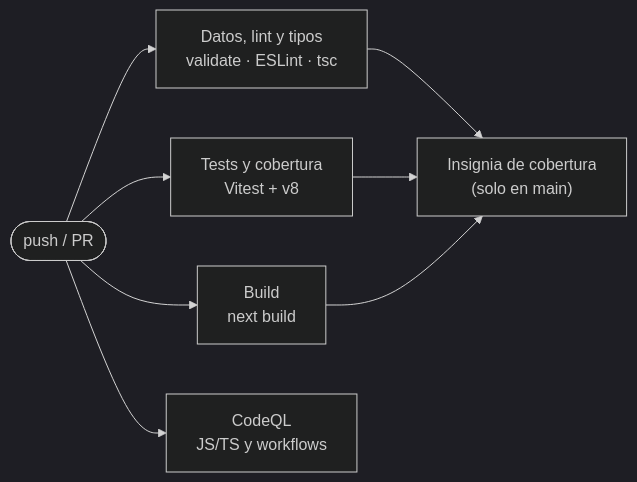
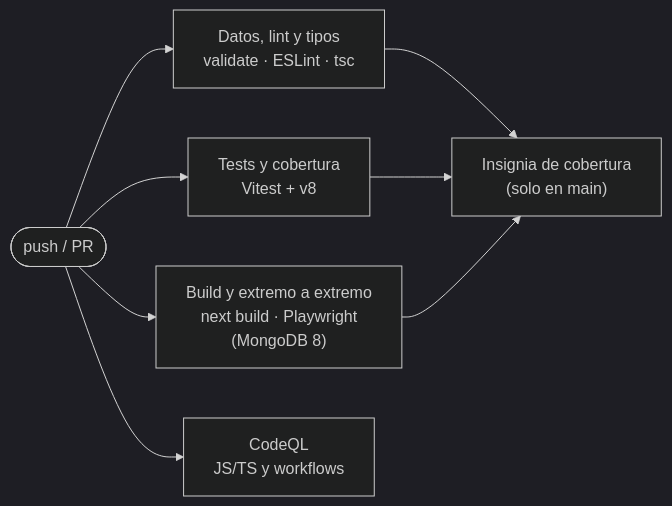
Before and after one commit to Pablo-Caballero-Maria/sinophile: the third of 3 diagrams in README.md, drawn with Mermaid (dark theme). The commit also changed other lines of this file and 15 other files, not shown here.

````diff
--- a/README.md
+++ b/README.md
@@ -239,8 +244,8 @@
 ```mermaid
 flowchart LR
     P(["push / PR"]) --> Q["Datos, lint y tipos<br/>validate · ESLint · tsc"]
     P --> T["Tests y cobertura<br/>Vitest + v8"]
-    P --> B["Build<br/>next build"]
+    P --> B["Build y extremo a extremo<br/>next build · Playwright<br/>(MongoDB 8)"]
     P --> C["CodeQL<br/>JS/TS y workflows"]
     Q & T & B --> I["Insignia de cobertura<br/>(solo en main)"]
 ```
````
